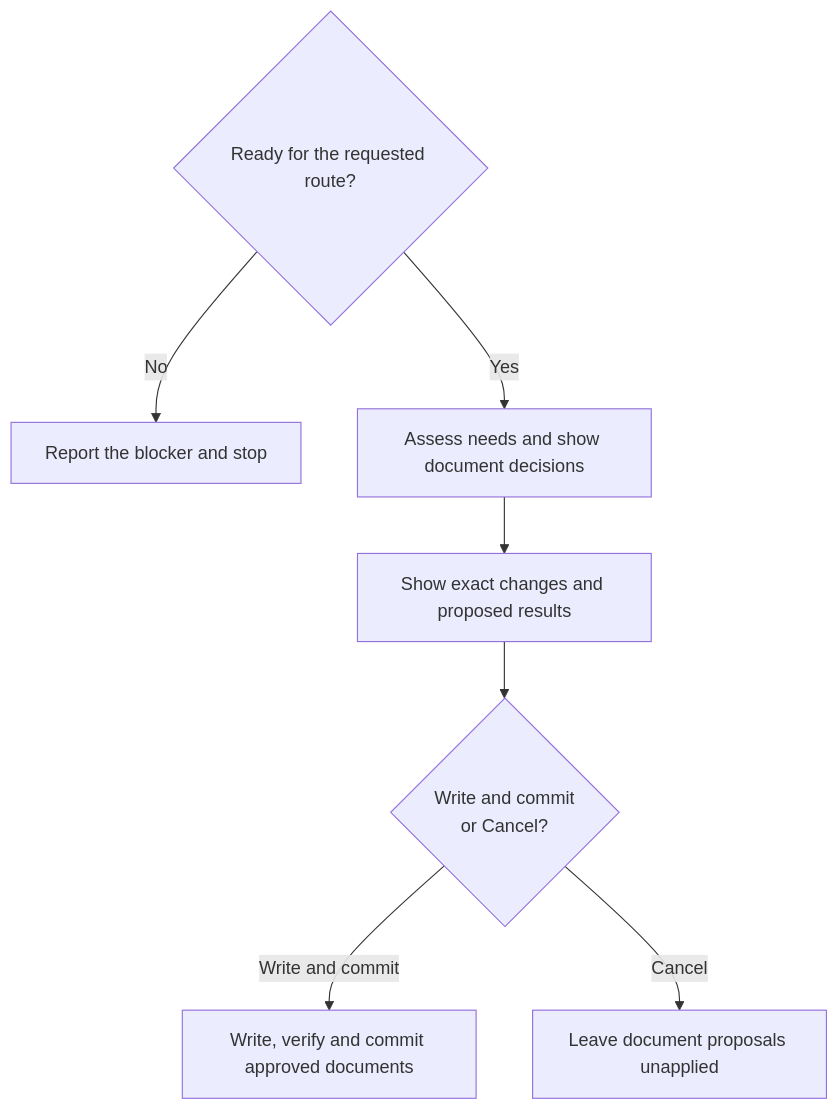
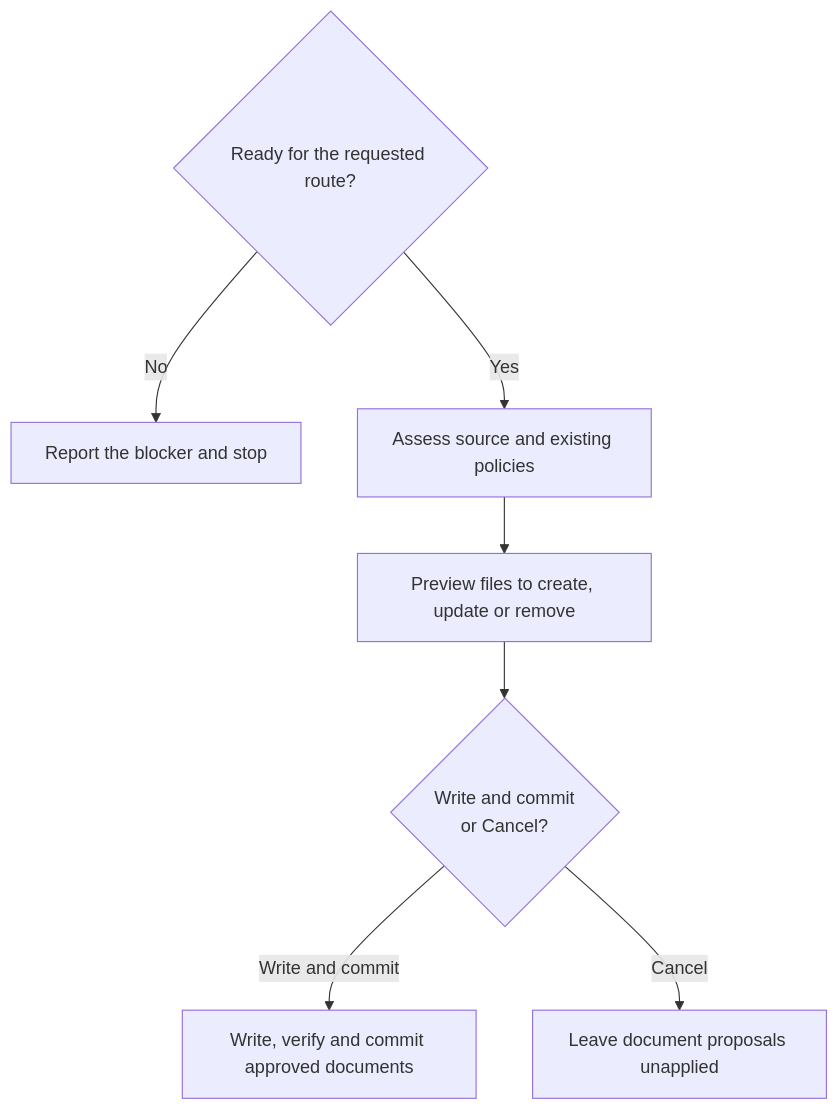
The diagram in docs/commands/legal.md (myowinthein/agent-helm), drawn with Mermaid before and after one commit. The commit also changed other lines of this file and 2 other files, not shown here.

````diff
--- a/docs/commands/legal.md
+++ b/docs/commands/legal.md
@@ -17,9 +17,9 @@
 ```mermaid
 flowchart TD
   Gate{"Ready for the requested route?"} -->|No| Stop["Report the blocker and stop"]
   Gate -->|Yes| Assess
-  Assess["Assess needs and show document decisions"] --> Preview["Show exact changes and proposed results"]
+  Assess["Assess source and existing policies"] --> Preview["Preview files to create, update or remove"]
   Preview --> Review{"Write and commit<br/>or Cancel?"}
   Review -->|Write and commit| Save["Write, verify and commit approved documents"]
   Review -->|Cancel| Keep["Leave document proposals unapplied"]
 ```
````
